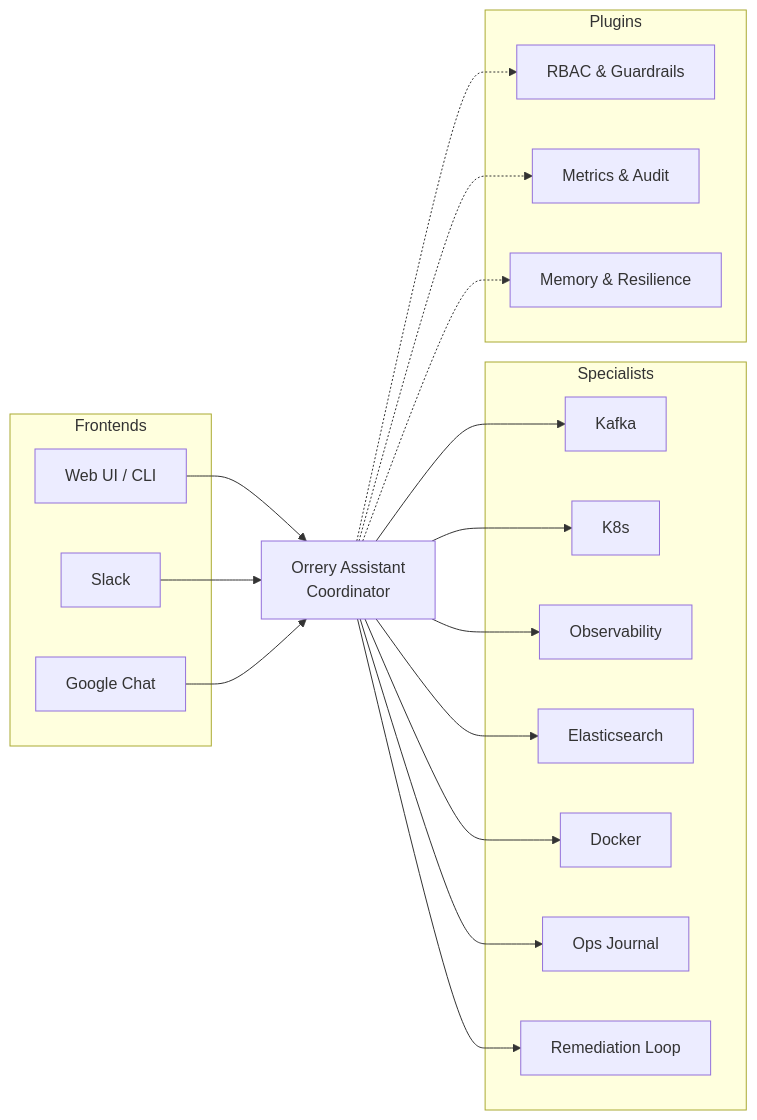
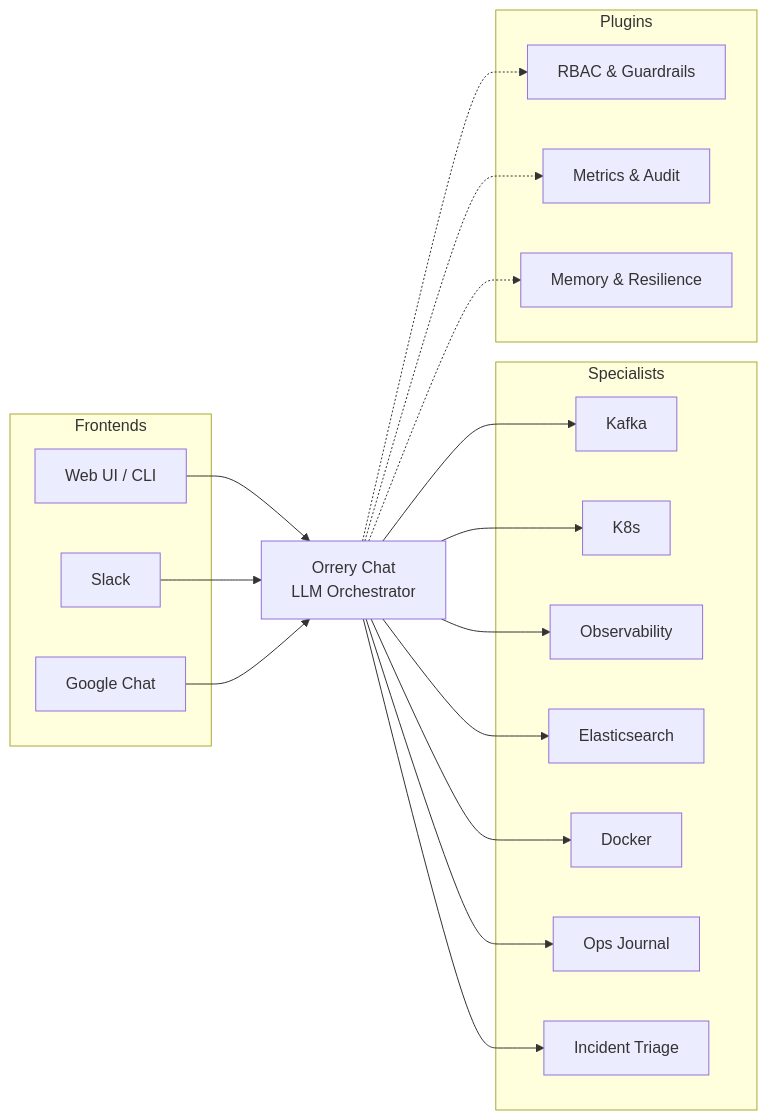
One commit to BAHALLA/ai-agents changed the diagram in README.md. Above: the diagram before and after it, drawn with Mermaid. The commit also changed 10 other files, not shown here.

First line of the commit message:
docs: correct architectural diagrams and text to reflect LlmAgent root

````diff
--- a/README.md
+++ b/README.md
@@ -27,40 +27,40 @@
 ```mermaid
 graph LR
     subgraph Frontends
         WEB[Web UI / CLI]
         SLACK[Slack]
         GCHAT[Google Chat]
     end
 
-    ROOT[Orrery Assistant<br/>Coordinator]
+    ROOT[Orrery Chat<br/>LLM Orchestrator]
 
     subgraph Specialists
         KAFKA[Kafka]
         K8S[K8s]
         OBS[Observability]
         ES[Elasticsearch]
         DOCKER[Docker]
         JOURNAL[Ops Journal]
-        REM[Remediation Loop]
+        TRIAGE[Incident Triage]
     end
 
     subgraph Plugins
         P1[RBAC & Guardrails]
         P2[Metrics & Audit]
         P3[Memory & Resilience]
     end
 
     WEB --> ROOT
     SLACK --> ROOT
     GCHAT --> ROOT
     ROOT --> KAFKA
     ROOT --> K8S
     ROOT --> OBS
     ROOT --> ES
     ROOT --> DOCKER
     ROOT --> JOURNAL
-    ROOT --> REM
+    ROOT --> TRIAGE
     ROOT -.-> P1
     ROOT -.-> P2
     ROOT -.-> P3
 ```
````
